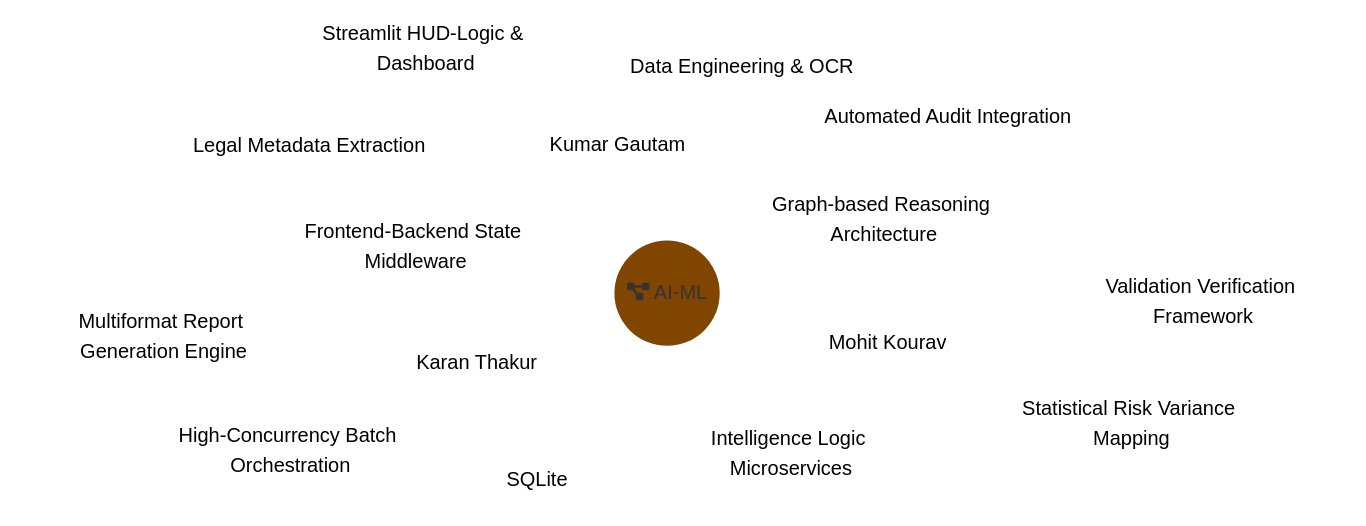
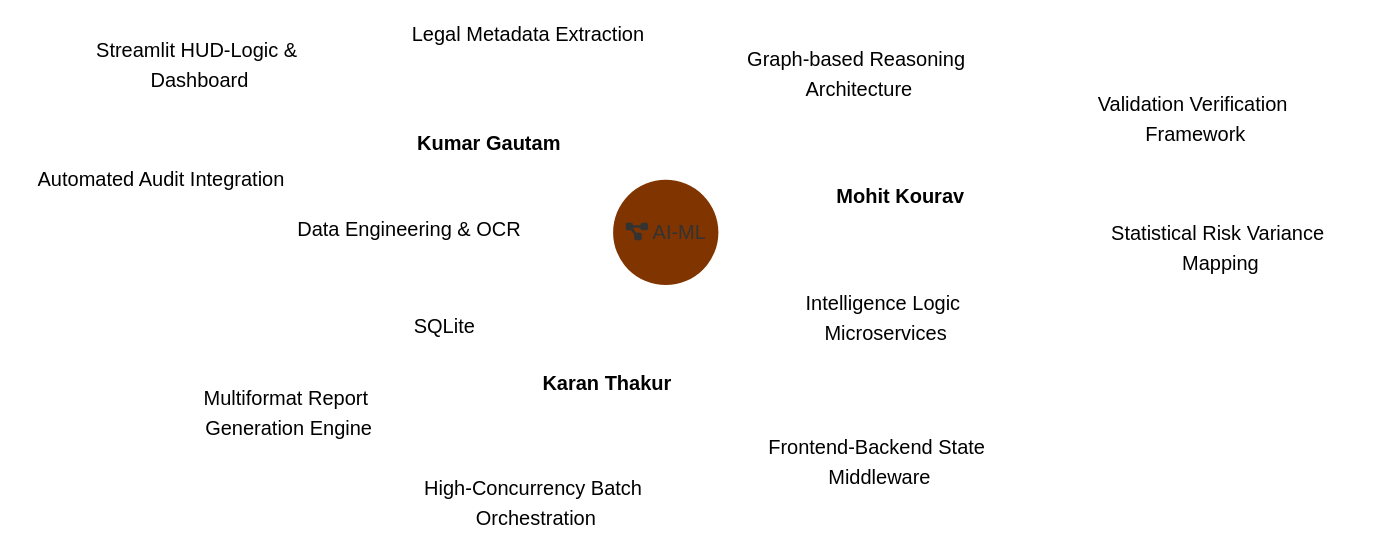
The fourth of 4 diagrams in WORKFLOW.md (Gautam-Bharadwaj/AI-ML-PROJECT-26), drawn with Mermaid before and after one commit.

Commit message:
style(docs): update contributor nodes to bold white on red background

````diff
--- a/WORKFLOW.md
+++ b/WORKFLOW.md
@@ -56,40 +56,40 @@
 ```mermaid
 %%{init: {
   'theme': 'base',
   'themeVariables': {
-    'primaryColor': '#FF8C00',
+    'primaryColor': '#FF6B00',
     'textColor': '#000000',
     'mainBkg': '#FFFFFF',
     'nodeTextColor': '#000000',
-    'cScale0': '#FFFFFF',
+    'cScale0': '#FF0000',
     'cScale1': '#FFFFFF',
     'cScale2': '#FFFFFF',
     'cScale3': '#FFFFFF',
-    'cScaleLabel0': '#000000',
+    'cScaleLabel0': '#FFFFFF',
     'cScaleLabel1': '#000000',
     'cScaleLabel2': '#000000',
     'cScaleLabel3': '#000000'
   }
 }}%%
 mindmap
   root((fa:fa-project-diagram AI-ML))
     ::icon(fa fa-users)
-    Kumar Gautam
+    **Kumar Gautam**
       ::icon(fa fa-desktop)
       Data Engineering & OCR
       Legal Metadata Extraction
       Streamlit HUD-Logic & Dashboard
       Automated Audit Integration
-    Mohit Kourav
+    **Mohit Kourav**
       ::icon(fa fa-brain)
       Intelligence Logic Microservices
       Graph-based Reasoning Architecture
       Statistical Risk Variance Mapping
       Validation Verification Framework
-    Karan Thakur
+    **Karan Thakur**
       ::icon(fa fa-file-export)
       Multiformat Report Generation Engine
       Relational Persistence Layers (SQLite)
       Frontend-Backend State Middleware
       High-Concurrency Batch Orchestration
 ```
````
